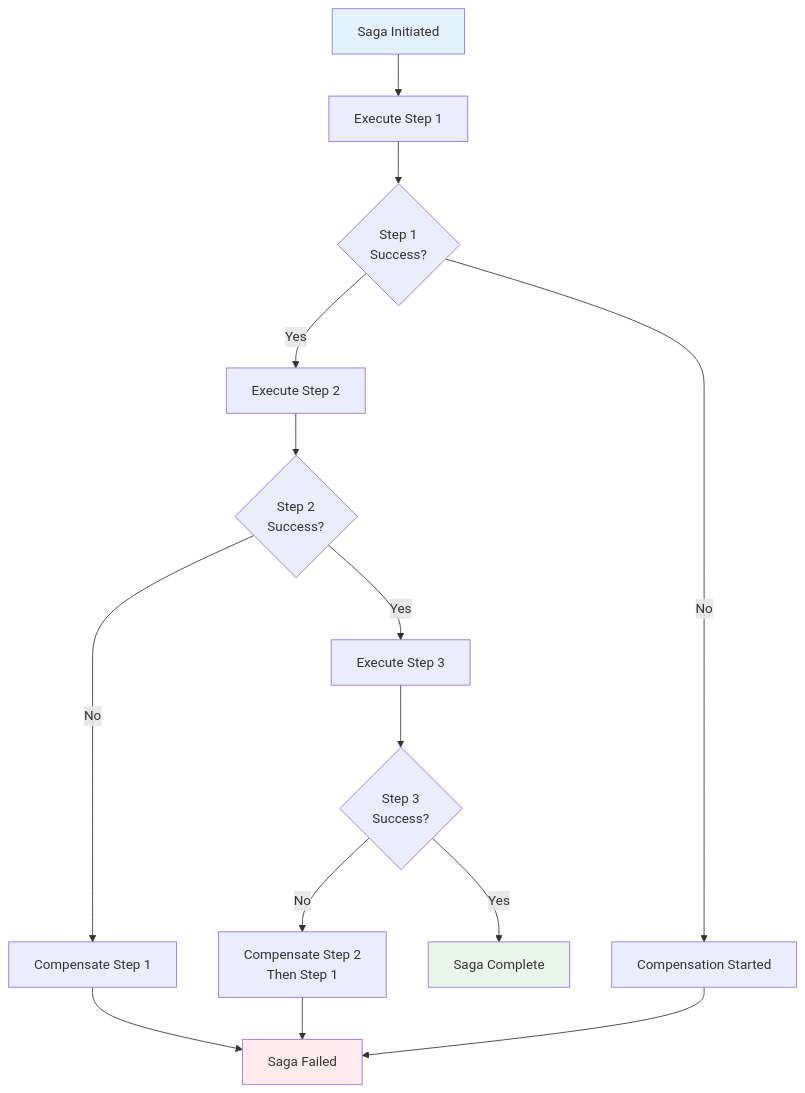
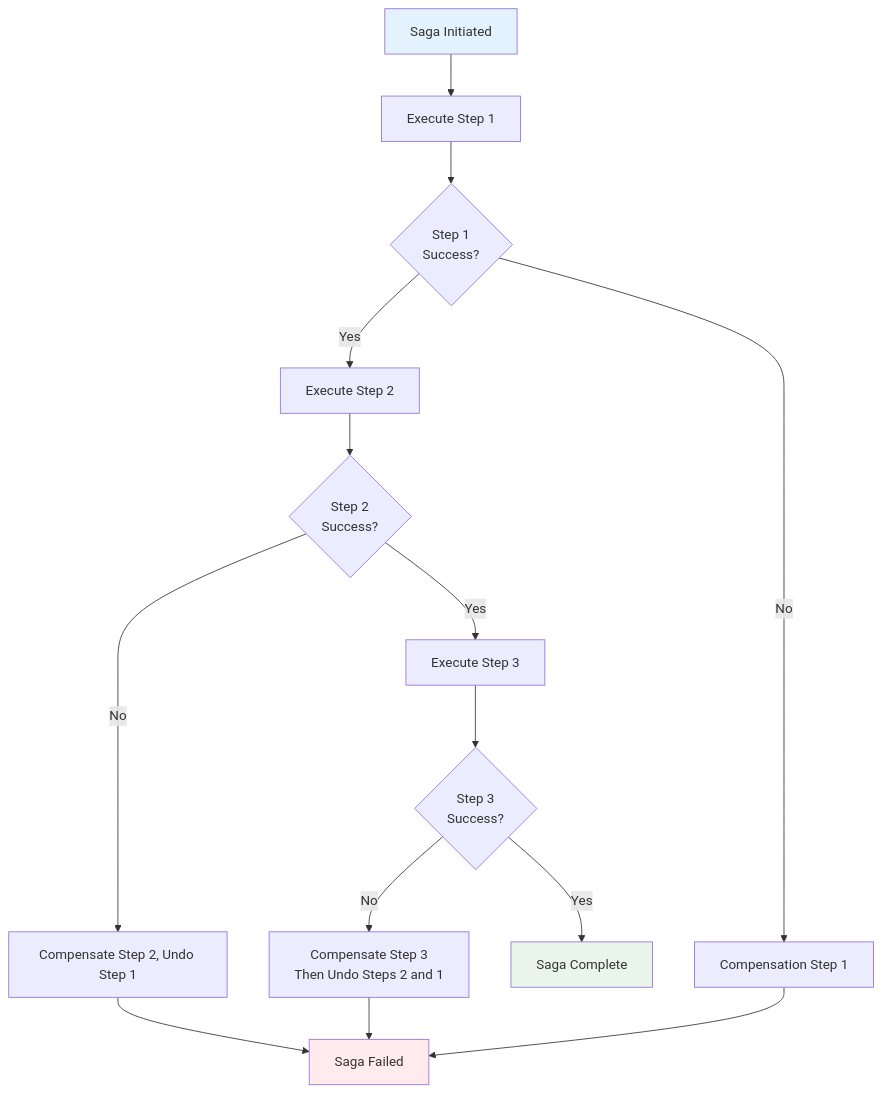
One commit to arturictus/ruby_reactor changed the fourth of 16 diagrams in docs/DAG.md. Above: the diagram before and after it, drawn with Mermaid. The commit also changed other lines of this file and 5 other files, not shown here.

````diff
--- a/docs/DAG.md
+++ b/docs/DAG.md
@@ -78,20 +78,20 @@
 ```mermaid
 graph TD
     A[Saga Initiated] --> B[Execute Step 1]
     B --> C{Step 1<br/>Success?}
     C -->|Yes| D[Execute Step 2]
-    C -->|No| E[Compensation Started]
+    C -->|No| E[Compensation Step 1]
     D --> F{Step 2<br/>Success?}
     F -->|Yes| G[Execute Step 3]
-    F -->|No| H[Compensate Step 1]
+    F -->|No| H[Compensate Step 2, Undo Step 1]
     G --> I{Step 3<br/>Success?}
     I -->|Yes| J[Saga Complete]
-    I -->|No| K[Compensate Step 2<br/>Then Step 1]
+    I -->|No| K[Compensate Step 3<br/>Then Undo Steps 2 and 1]
     H --> L[Saga Failed]
     K --> L
     E --> L
 
     style A fill:#e3f2fd
     style J fill:#e8f5e8
     style L fill:#ffebee
 ```
````
